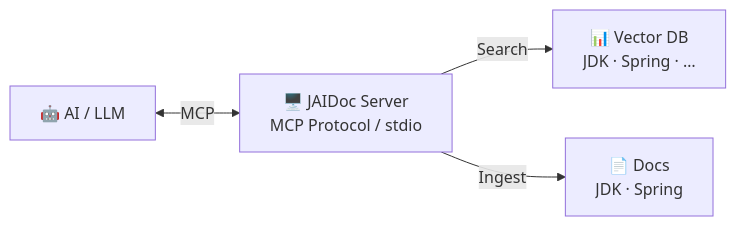
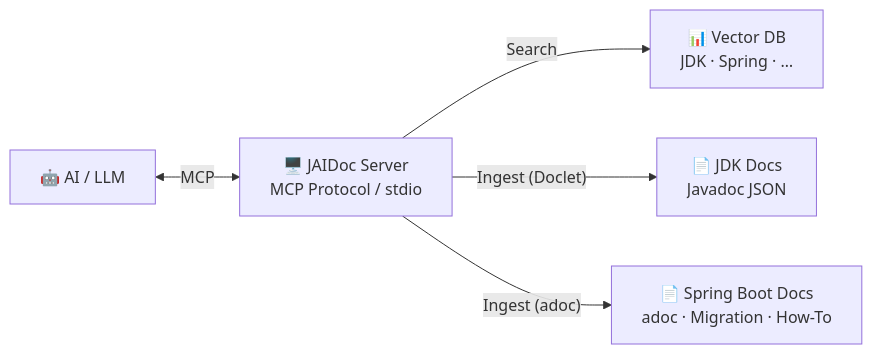
Before and after one commit to PurrBytesCode/JAIDoc: the diagram in README.md, drawn with Mermaid. The commit also changed other lines of this file and 1 other file, not shown here.

First line of the commit message:
docs: split Models table, add Spring Boot integration vision

````diff
--- a/README.md
+++ b/README.md
@@ -154,10 +201,12 @@
 ```mermaid
 graph LR
     ai["🤖 AI / LLM"]
     server["🖥️ JAIDoc Server<br/>MCP Protocol / stdio"]
     vdb["📊 Vector DB<br/>JDK · Spring · …"]
-    docs["📄 Docs<br/>JDK · Spring"]
+    jdkdocs["📄 JDK Docs<br/>Javadoc JSON"]
+    sbdocs["📄 Spring Boot Docs<br/>adoc · Migration · How-To"]
     ai <-->|" MCP "| server
     server -->|" Search "| vdb
-    server -->|" Ingest "| docs
+    server -->|" Ingest (Doclet) "| jdkdocs
+    server -->|" Ingest (adoc) "| sbdocs
 ```
````
